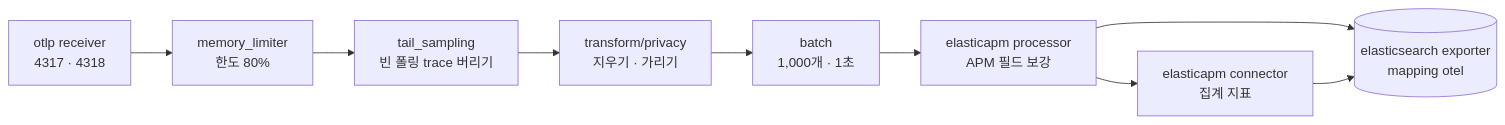
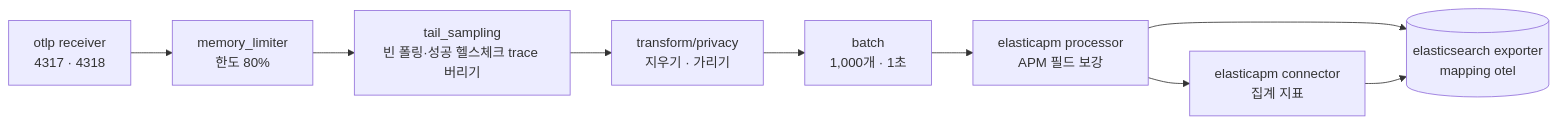
The third of 4 diagrams in APM_ARCHITECTURE.md (soma-lorekeeper/docs), drawn with Mermaid before and after one commit. The commit also changed other lines of this file and 2 other files, not shown here.

````diff
--- a/APM_ARCHITECTURE.md
+++ b/APM_ARCHITECTURE.md
@@ -98,6 +124,6 @@
 ```mermaid
 flowchart LR
-  R["otlp receiver<br/>4317 · 4318"] --> M["memory_limiter<br/>한도 80%"] --> TS["tail_sampling<br/>빈 폴링 trace 버리기"] --> T["transform/privacy<br/>지우기 · 가리기"] --> BT["batch<br/>1,000개 · 1초"] --> P["elasticapm processor<br/>APM 필드 보강"]
+  R["otlp receiver<br/>4317 · 4318"] --> M["memory_limiter<br/>한도 80%"] --> TS["tail_sampling<br/>빈 폴링·성공 헬스체크 trace 버리기"] --> T["transform/privacy<br/>지우기 · 가리기"] --> BT["batch<br/>1,000개 · 1초"] --> P["elasticapm processor<br/>APM 필드 보강"]
   P --> E[("elasticsearch exporter<br/>mapping otel")]
   P --> C["elasticapm connector<br/>집계 지표"] --> E
 ```
````
